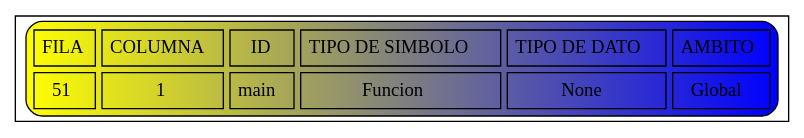
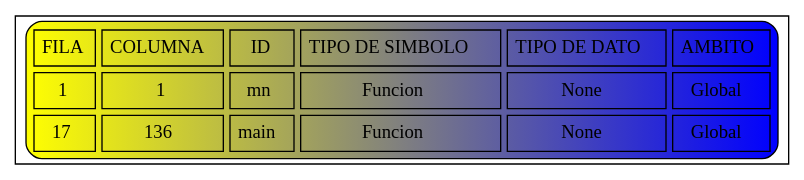
The diagram in Simbolos.dot (JoseMore99/OLC2_P1_201701015), drawn with Graphviz before and after one commit. The commit also changed 21 other files, not shown here.

```diff
--- a/Simbolos.dot
+++ b/Simbolos.dot
@@ -1,7 +1,8 @@
 digraph G{
 node [shape=record];
 a0 [label=<<TABLE border="1" cellspacing="5" cellpadding="5" style="rounded" bgcolor="yellow:blue">
 "<TR><TD>FILA</TD><TD>COLUMNA</TD><TD>ID</TD><TD>TIPO DE SIMBOLO</TD><TD>TIPO DE DATO</TD><TD>AMBITO</TD></TR>
-<TR><TD>51</TD><TD>1</TD><TD>main</TD><TD>Funcion</TD><TD>None</TD><TD>Global</TD></TR>
+<TR><TD>1</TD><TD>1</TD><TD>mn</TD><TD>Funcion</TD><TD>None</TD><TD>Global</TD></TR>
+<TR><TD>17</TD><TD>136</TD><TD>main</TD><TD>Funcion</TD><TD>None</TD><TD>Global</TD></TR>
 </TABLE>>];
 }
```
